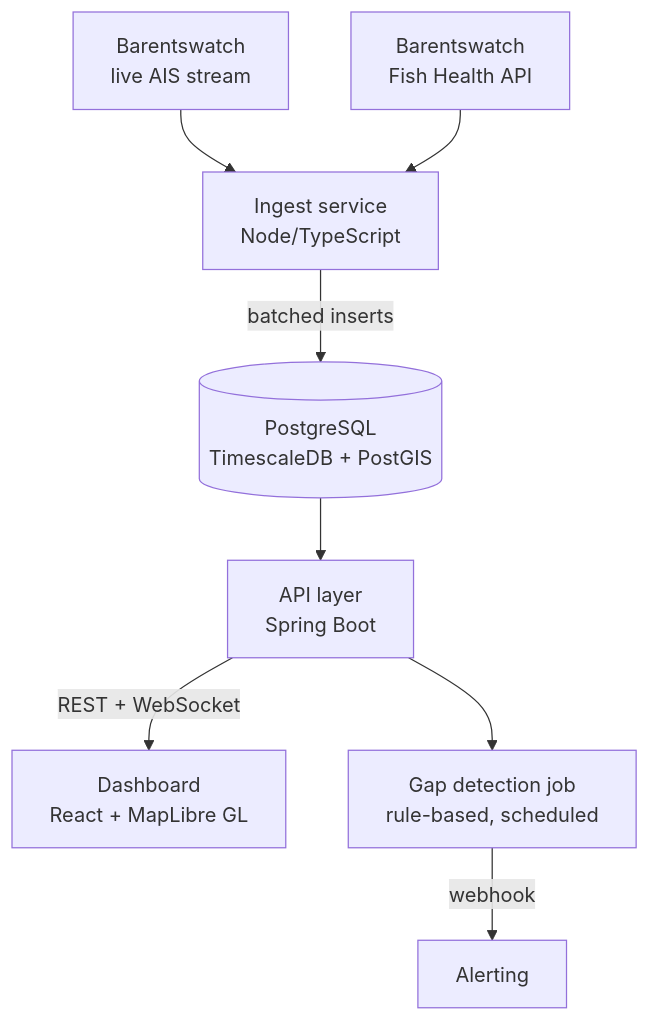
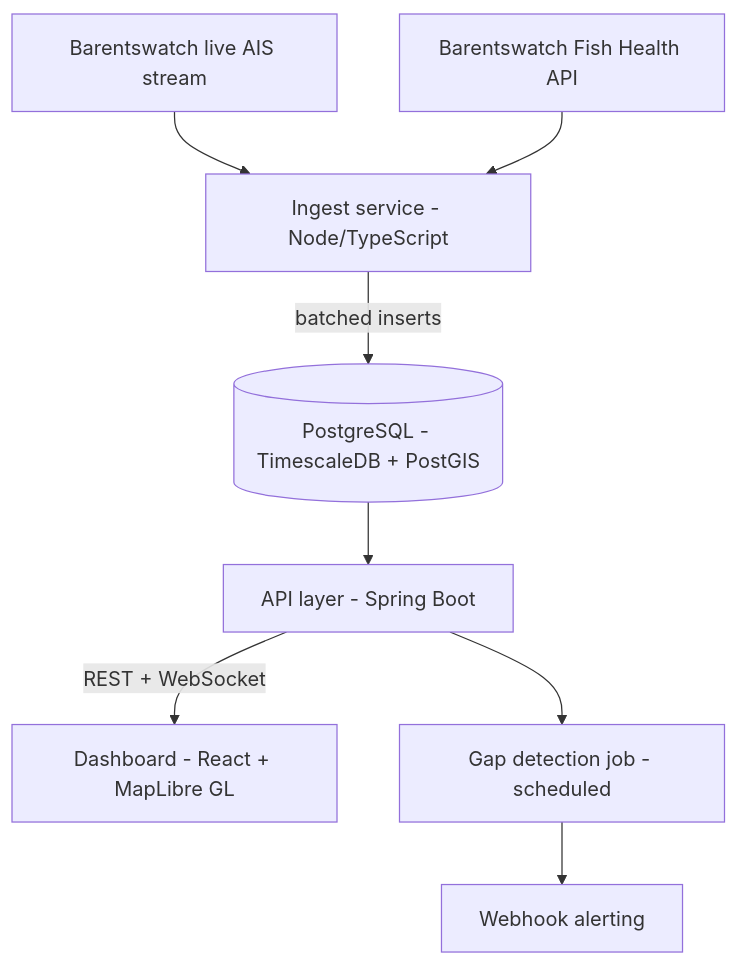
One commit to MariusReik/MarinProsjekt changed the diagram in README.md. Above: the diagram before and after it, drawn with Mermaid.

Commit message:
docs: simplify mermaid syntax for GitHub rendering

````diff
--- a/README.md
+++ b/README.md
@@ -28,10 +28,19 @@
 ```mermaid
 flowchart TB
-    BW[Barentswatch<br/>live AIS stream] --> ING
-    FH[Barentswatch<br/>Fish Health API] --> ING
-    ING[Ingest service<br/>Node/TypeScript] -->|batched inserts| DB[(PostgreSQL<br/>TimescaleDB + PostGIS)]
-    DB --> API[API layer<br/>Spring Boot]
-    API -->|REST + WebSocket| WEB[Dashboard<br/>React + MapLibre GL]
-    API --> GAP[Gap detection job<br/>rule-based, scheduled]
-    GAP -->|webhook| ALERT[Alerting]
+    BW["Barentswatch live AIS stream"]
+    FH["Barentswatch Fish Health API"]
+    ING["Ingest service - Node/TypeScript"]
+    DB[("PostgreSQL - TimescaleDB + PostGIS")]
+    API["API layer - Spring Boot"]
+    WEB["Dashboard - React + MapLibre GL"]
+    GAP["Gap detection job - scheduled"]
+    ALERT["Webhook alerting"]
+
+    BW --> ING
+    FH --> ING
+    ING -- "batched inserts" --> DB
+    DB --> API
+    API -- "REST + WebSocket" --> WEB
+    API --> GAP
+    GAP --> ALERT
 ```
````
